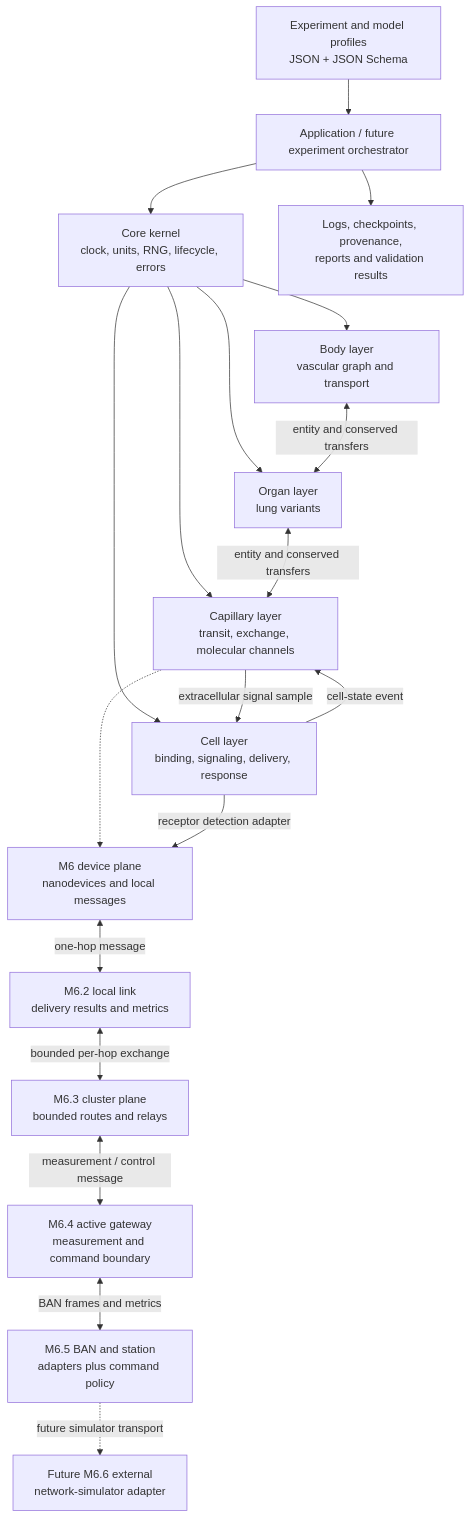
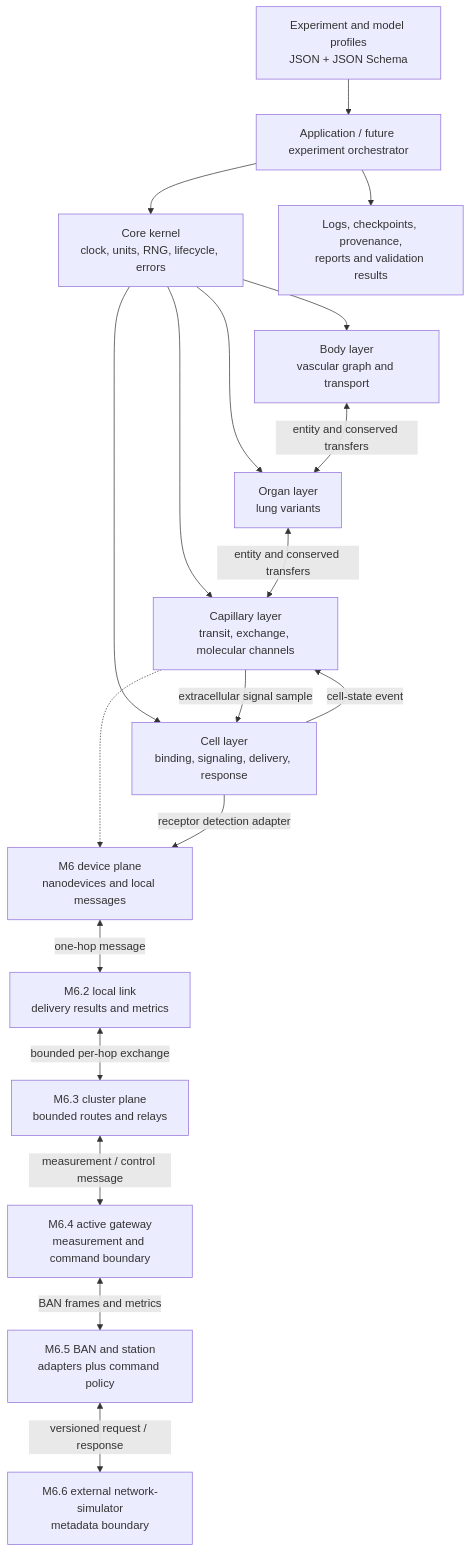
The first of 2 diagrams in docs/architecture/SOFTWARE_ARCHITECTURE.md (RegineWendt/MEHLISSA), drawn with Mermaid before and after one commit. The commit also changed other lines of this file and 25 other files, not shown here.

Commit message:
Add M6.6 external network simulator adapter

````diff
--- a/docs/architecture/SOFTWARE_ARCHITECTURE.md
+++ b/docs/architecture/SOFTWARE_ARCHITECTURE.md
@@ -35,36 +35,36 @@
 ```mermaid
 flowchart TB
     Manifest[Experiment and model profiles<br/>JSON + JSON Schema]
     Runner[Application / future experiment orchestrator]
     Kernel[Core kernel<br/>clock, units, RNG, lifecycle, errors]
     Body[Body layer<br/>vascular graph and transport]
     Organ[Organ layer<br/>lung variants]
     Capillary[Capillary layer<br/>transit, exchange, molecular channels]
     Cell[Cell layer<br/>binding, signaling, delivery, response]
     IoT[M6 device plane<br/>nanodevices and local messages]
     LocalLink[M6.2 local link<br/>delivery results and metrics]
     Cluster[M6.3 cluster plane<br/>bounded routes and relays]
     Gateway[M6.4 active gateway<br/>measurement and command boundary]
     External[M6.5 BAN and station<br/>adapters plus command policy]
-    NetworkSim[Future M6.6 external<br/>network-simulator adapter]
+    NetworkSim[M6.6 external network-simulator<br/>metadata boundary]
     Evidence[Logs, checkpoints, provenance,<br/>reports and validation results]
 
     Manifest --> Runner
     Runner --> Kernel
     Kernel --> Body
     Kernel --> Organ
     Kernel --> Capillary
     Kernel --> Cell
     Body <-->|entity and conserved transfers| Organ
     Organ <-->|entity and conserved transfers| Capillary
     Capillary -->|extracellular signal sample| Cell
     Cell -->|cell-state event| Capillary
     Capillary -.-> IoT
     Cell -->|receptor detection adapter| IoT
     IoT <-->|one-hop message| LocalLink
     LocalLink <-->|bounded per-hop exchange| Cluster
     Cluster <-->|measurement / control message| Gateway
     Gateway <-->|BAN frames and metrics| External
-    External -.->|future simulator transport| NetworkSim
+    External <-->|versioned request / response| NetworkSim
     Runner --> Evidence
 ```
````
